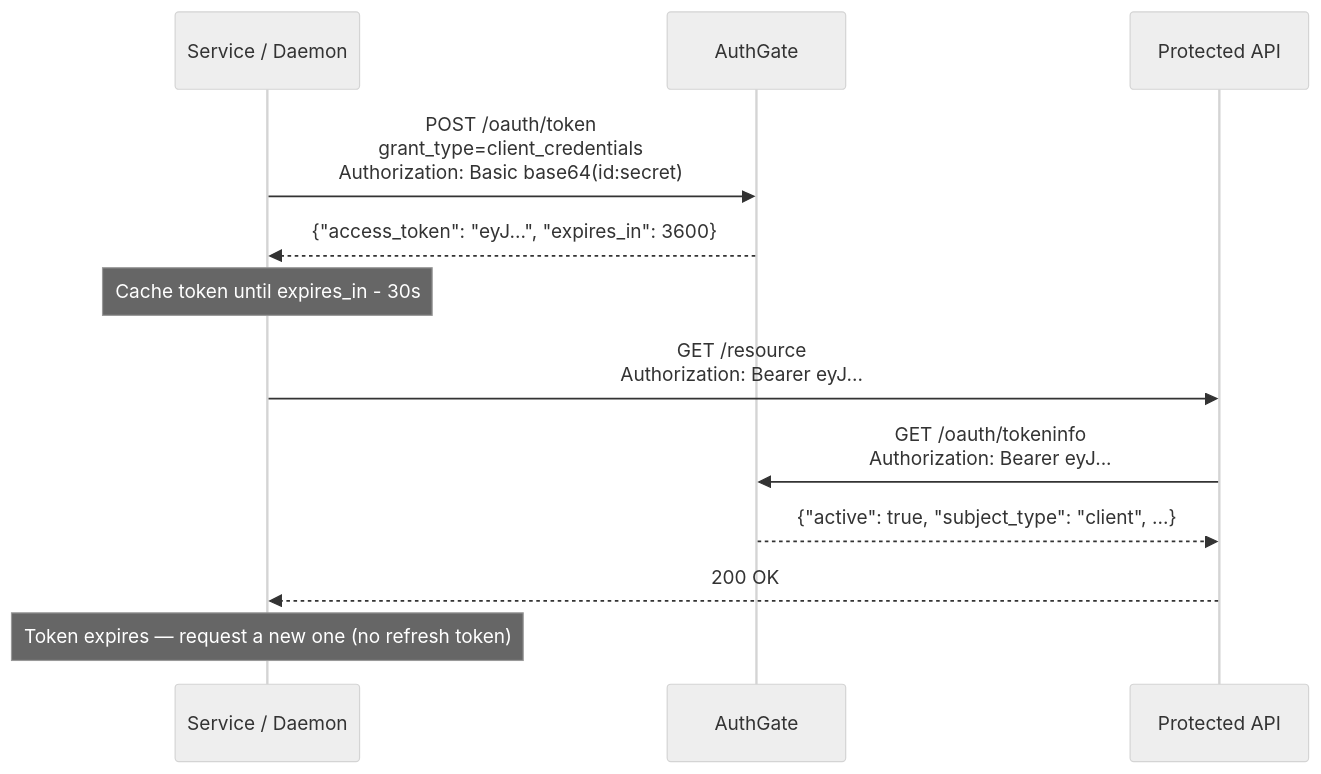
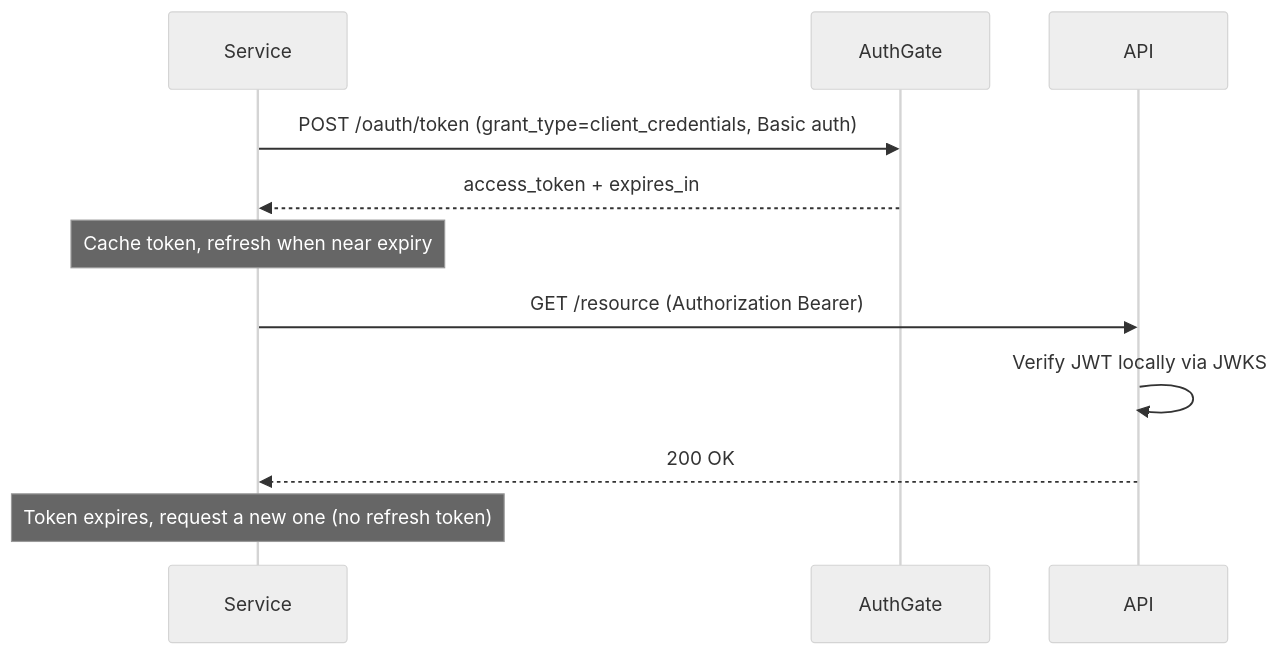
Before and after one commit to appleboy/authgate: the diagram in internal/templates/docs/client-credentials.md, drawn with Mermaid (neutral theme). The commit also changed other lines of this file and 9 other files, not shown here.

````diff
--- a/internal/templates/docs/client-credentials.md
+++ b/internal/templates/docs/client-credentials.md
@@ -15,18 +28,17 @@
 ```mermaid
 sequenceDiagram
-    participant Svc as Service / Daemon
-    participant AuthGate as AuthGate
-    participant API as Protected API
+    participant Service
+    participant AuthGate
+    participant API
 
-    Svc->>AuthGate: POST /oauth/token<br/>grant_type=client_credentials<br/>Authorization: Basic base64(id:secret)
-    AuthGate-->>Svc: {"access_token": "eyJ...", "expires_in": 3600}
+    Service->>AuthGate: POST /oauth/token (grant_type=client_credentials, Basic auth)
+    AuthGate-->>Service: access_token + expires_in
 
-    note over Svc: Cache token until expires_in - 30s
+    note over Service: Cache token, refresh when near expiry
 
-    Svc->>API: GET /resource<br/>Authorization: Bearer eyJ...
-    API->>AuthGate: GET /oauth/tokeninfo<br/>Authorization: Bearer eyJ...
-    AuthGate-->>API: {"active": true, "subject_type": "client", ...}
-    API-->>Svc: 200 OK
+    Service->>API: GET /resource (Authorization Bearer)
+    API->>API: Verify JWT locally via JWKS
+    API-->>Service: 200 OK
 
-    note over Svc: Token expires — request a new one (no refresh token)
+    note over Service: Token expires, request a new one (no refresh token)
 ```
````
